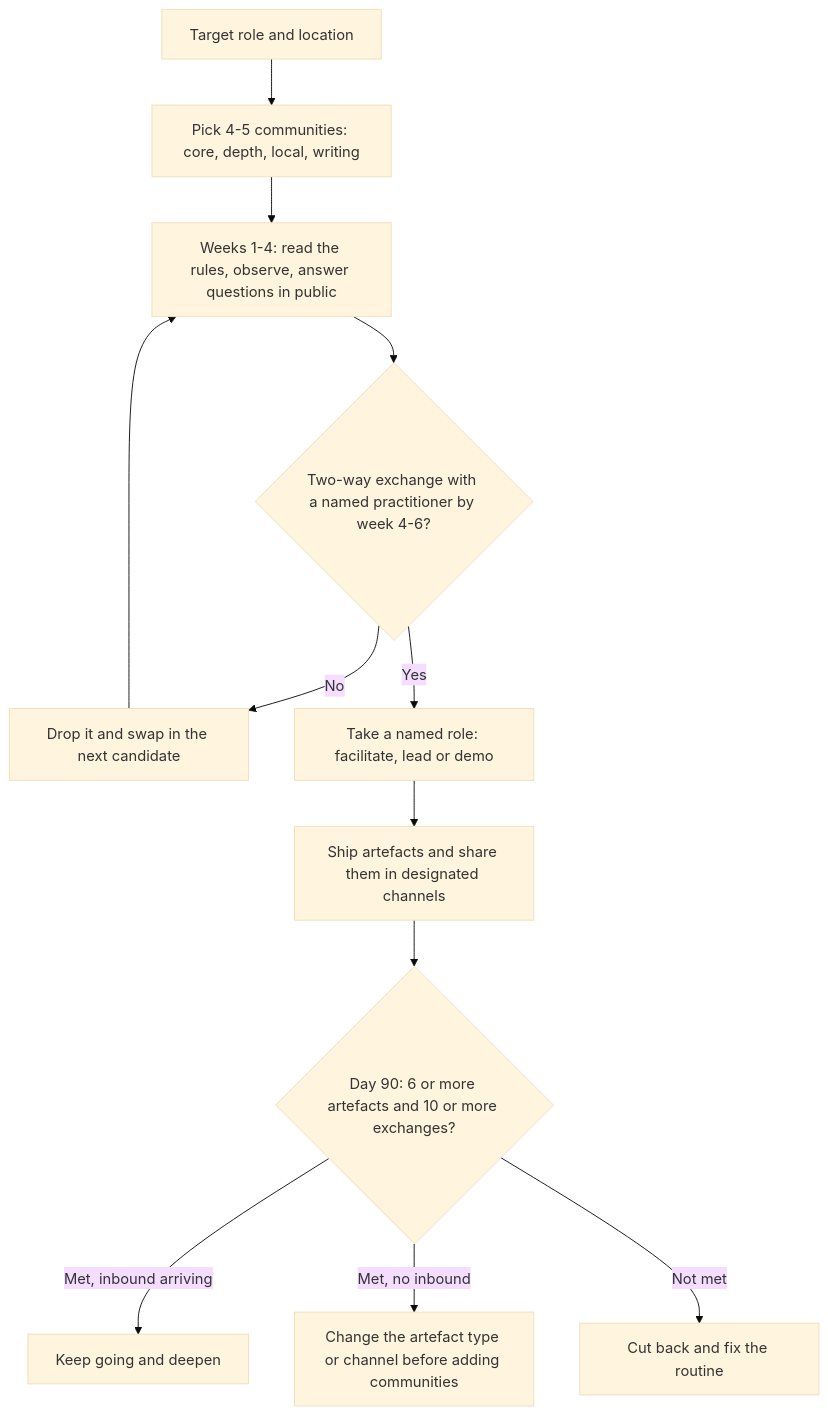
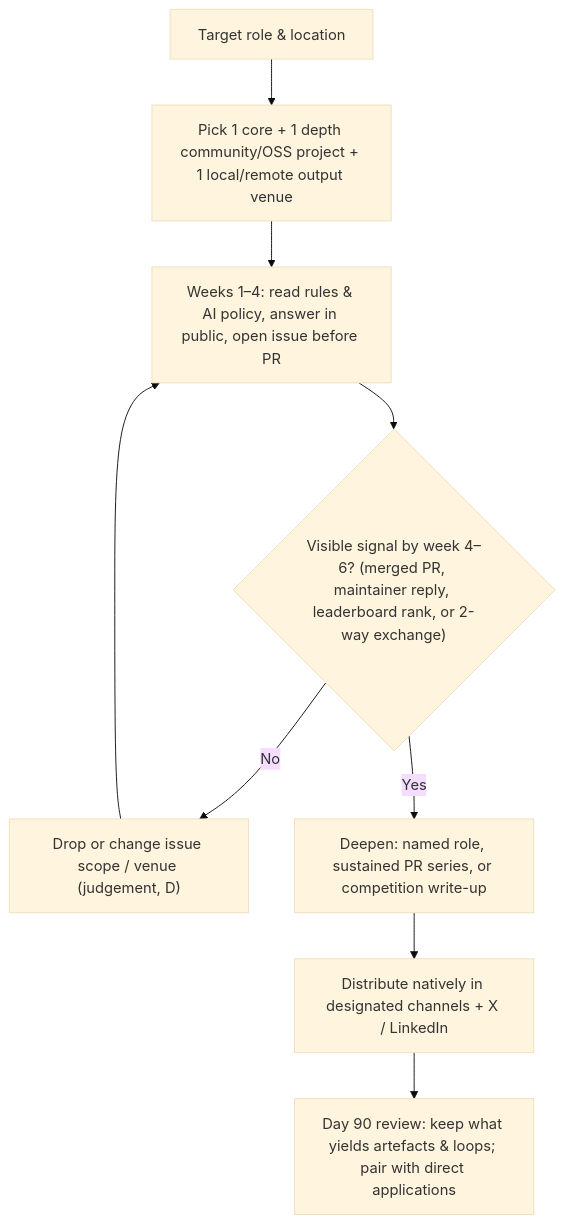
One commit to bhaskarjha-dev/genai-career changed the diagram in career/07-networking/communities-guide.md. Above: the diagram before and after it, drawn with Mermaid (base theme). The commit also changed other lines of this file and 5 other files, not shown here.

First line of the commit message:
feat(networking): integrate R4 LinkedIn, fellowships, communities and outreach guides

````diff
--- a/career/07-networking/communities-guide.md
+++ b/career/07-networking/communities-guide.md
@@ -33,14 +33,11 @@
 ```mermaid
 flowchart TD
-    A["Target role and location"] --> B["Pick 4-5 communities: core, depth, local, writing"]
-    B --> C["Weeks 1-4: read the rules, observe, answer questions in public"]
-    C --> D{"Two-way exchange with a named practitioner by week 4-6?"}
-    D -->|"No"| E["Drop it and swap in the next candidate"]
+    A["Target role & location"] --> B["Pick 1 core + 1 depth community/OSS project + 1 local/remote output venue"]
+    B --> C["Weeks 1–4: read rules & AI policy, answer in public, open issue before PR"]
+    C --> D{"Visible signal by week 4–6? (merged PR, maintainer reply, leaderboard rank, or 2-way exchange)"}
+    D -->|"No"| E["Drop or change issue scope / venue (judgement, D)"]
     E --> C
-    D -->|"Yes"| F["Take a named role: facilitate, lead or demo"]
-    F --> G["Ship artefacts and share them in designated channels"]
-    G --> H{"Day 90: 6 or more artefacts and 10 or more exchanges?"}
-    H -->|"Met, inbound arriving"| I["Keep going and deepen"]
-    H -->|"Met, no inbound"| J["Change the artefact type or channel before adding communities"]
-    H -->|"Not met"| K["Cut back and fix the routine"]
+    D -->|"Yes"| F["Deepen: named role, sustained PR series, or competition write-up"]
+    F --> G["Distribute natively in designated channels + X / LinkedIn"]
+    G --> H["Day 90 review: keep what yields artefacts & loops; pair with direct applications"]
 ```
````
